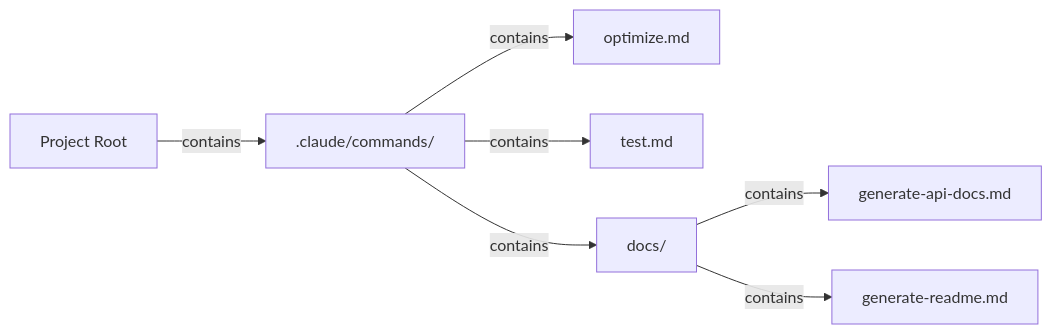
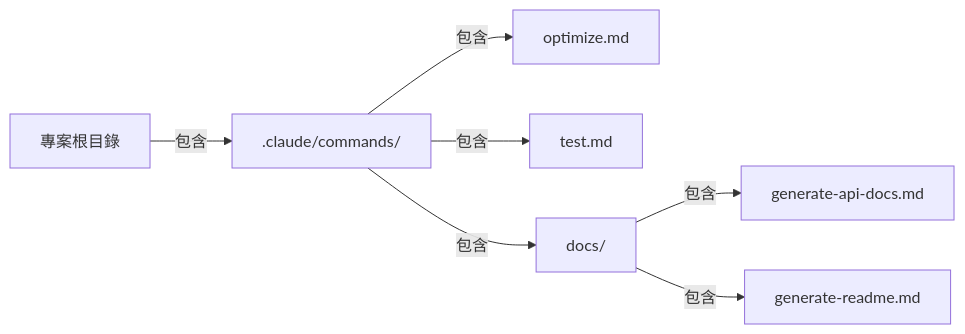
Before and after one commit to huckly/claude-howto-zh-tw: the second of 31 diagrams in claude_concepts_guide.md, drawn with Mermaid. The commit also changed other lines of this file and 12 other files, not shown here.

````diff
--- a/claude_concepts_guide.md
+++ b/claude_concepts_guide.md
@@ -46,9 +46,9 @@
 ```mermaid
 graph LR
-    A["Project Root"] -->|contains| B[".claude/commands/"]
-    B -->|contains| C["optimize.md"]
-    B -->|contains| D["test.md"]
-    B -->|contains| E["docs/"]
-    E -->|contains| F["generate-api-docs.md"]
-    E -->|contains| G["generate-readme.md"]
+    A["專案根目錄"] -->|包含| B[".claude/commands/"]
+    B -->|包含| C["optimize.md"]
+    B -->|包含| D["test.md"]
+    B -->|包含| E["docs/"]
+    E -->|包含| F["generate-api-docs.md"]
+    E -->|包含| G["generate-readme.md"]
 ```
````
